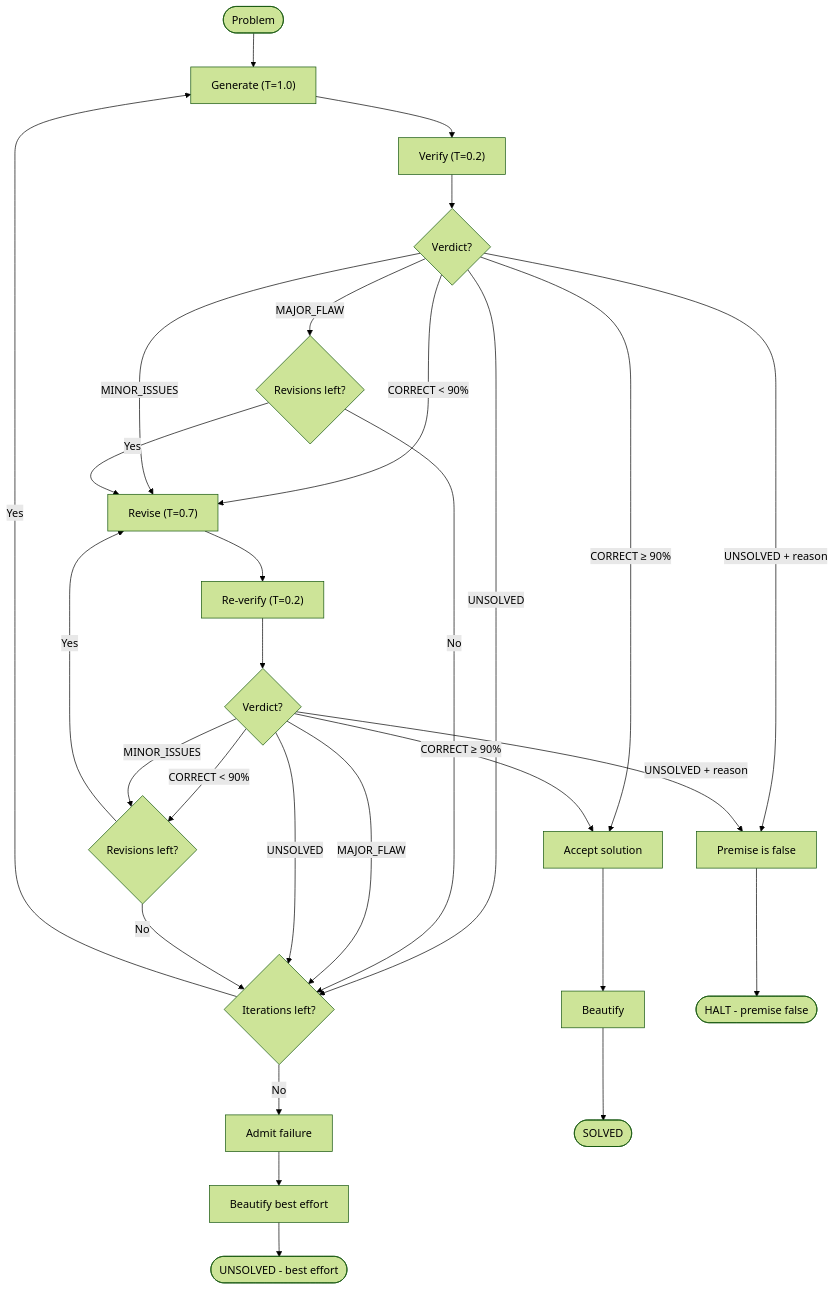
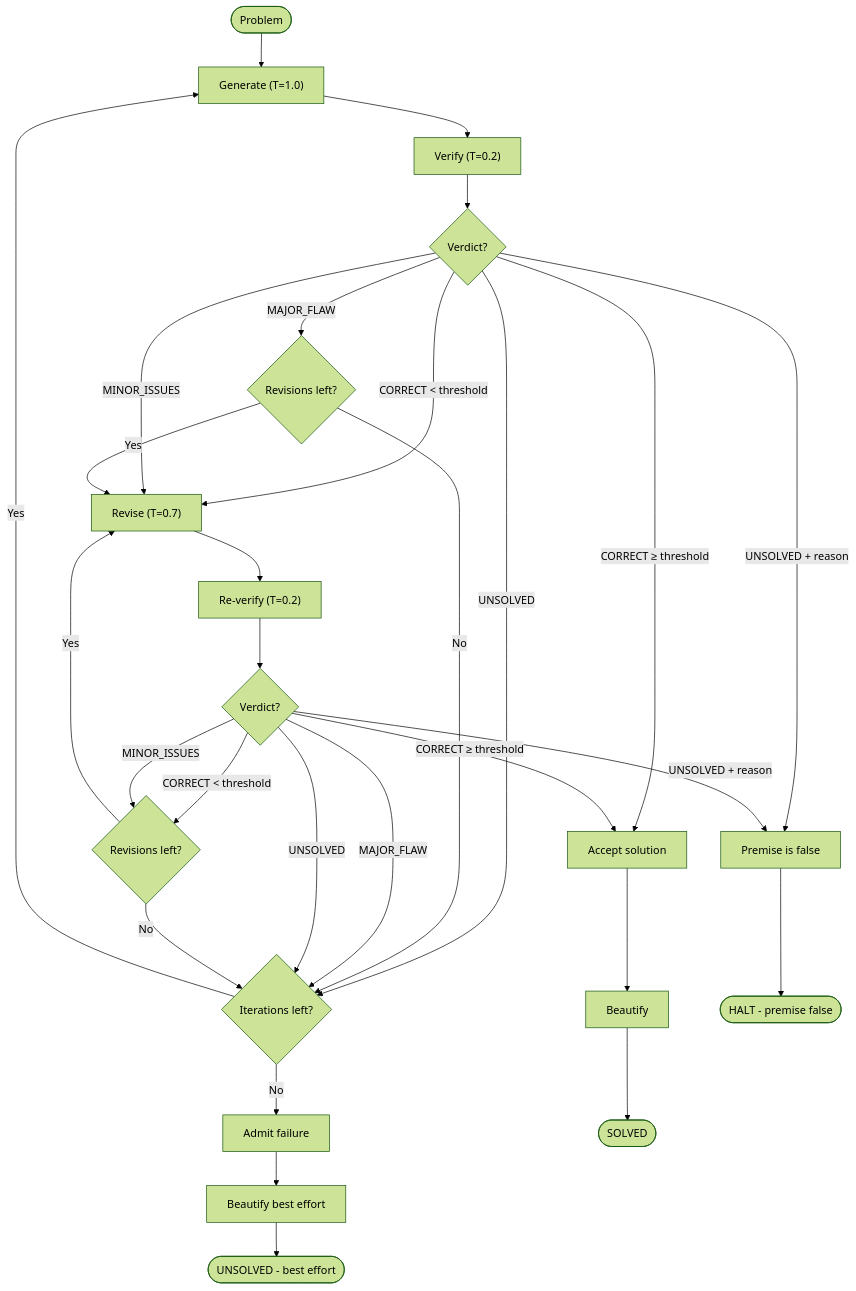
Before and after one commit to hyperion-git/alethic: the second of 2 diagrams in README.md, drawn with Mermaid (forest theme). The commit also changed other lines of this file, not shown here.

First line of the commit message:
Update README for preset system and configurable confidence threshold

````diff
--- a/README.md
+++ b/README.md
@@ -99,38 +99,38 @@
 ```mermaid
 flowchart TD
     Start([Problem]) --> Gen["Generate (T=1.0)"]
     Gen --> Ver["Verify (T=0.2)"]
     Ver --> D{Verdict?}
 
-    D -->|"CORRECT ≥ 90%"| Accept[Accept solution]
-    D -->|"CORRECT < 90%"| Rev["Revise (T=0.7)"]
+    D -->|"CORRECT ≥ threshold"| Accept[Accept solution]
+    D -->|"CORRECT < threshold"| Rev["Revise (T=0.7)"]
     D -->|MINOR_ISSUES| Rev
     D -->|MAJOR_FLAW| MF{Revisions left?}
     D -->|"UNSOLVED + reason"| FP[Premise is false]
     D -->|UNSOLVED| Iter{Iterations left?}
 
     MF -->|Yes| Rev
     MF -->|No| Iter
 
     Rev --> ReVer["Re-verify (T=0.2)"]
     ReVer --> RD{Verdict?}
 
-    RD -->|"CORRECT ≥ 90%"| Accept
-    RD -->|"CORRECT < 90%"| MoreRev{Revisions left?}
+    RD -->|"CORRECT ≥ threshold"| Accept
+    RD -->|"CORRECT < threshold"| MoreRev{Revisions left?}
     RD -->|MINOR_ISSUES| MoreRev
     RD -->|MAJOR_FLAW| Iter
     RD -->|"UNSOLVED + reason"| FP
     RD -->|UNSOLVED| Iter
 
     MoreRev -->|Yes| Rev
     MoreRev -->|No| Iter
 
     Iter -->|Yes| Gen
     Iter -->|No| Fail[Admit failure]
 
     Accept --> B[Beautify]
     B --> Solved([SOLVED])
     FP --> Halt([HALT - premise false])
     Fail --> BF[Beautify best effort]
     BF --> Unsolved([UNSOLVED - best effort])
 ```
````
